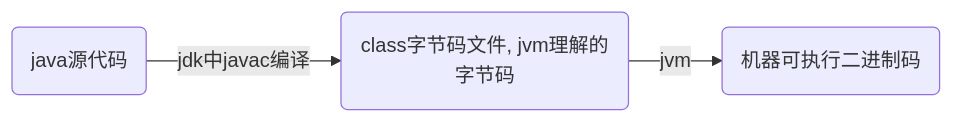
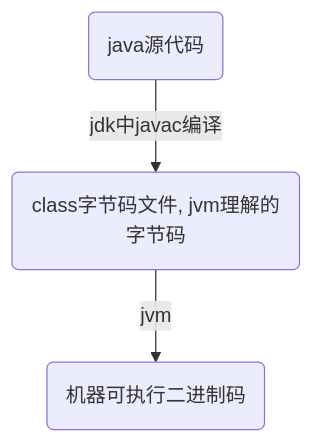
The diagram in docs/rearend/java/README.md (xfy520/docs), drawn with Mermaid before and after one commit.

````diff
--- a/docs/rearend/java/README.md
+++ b/docs/rearend/java/README.md
@@ -26,5 +26,5 @@
 ```mermaid
-graph LR
+graph TD
 A(java源代码)--> |jdk中javac编译| B(class字节码文件, jvm理解的字节码)
 B--> |jvm|C(机器可执行二进制码)
 ```
````
